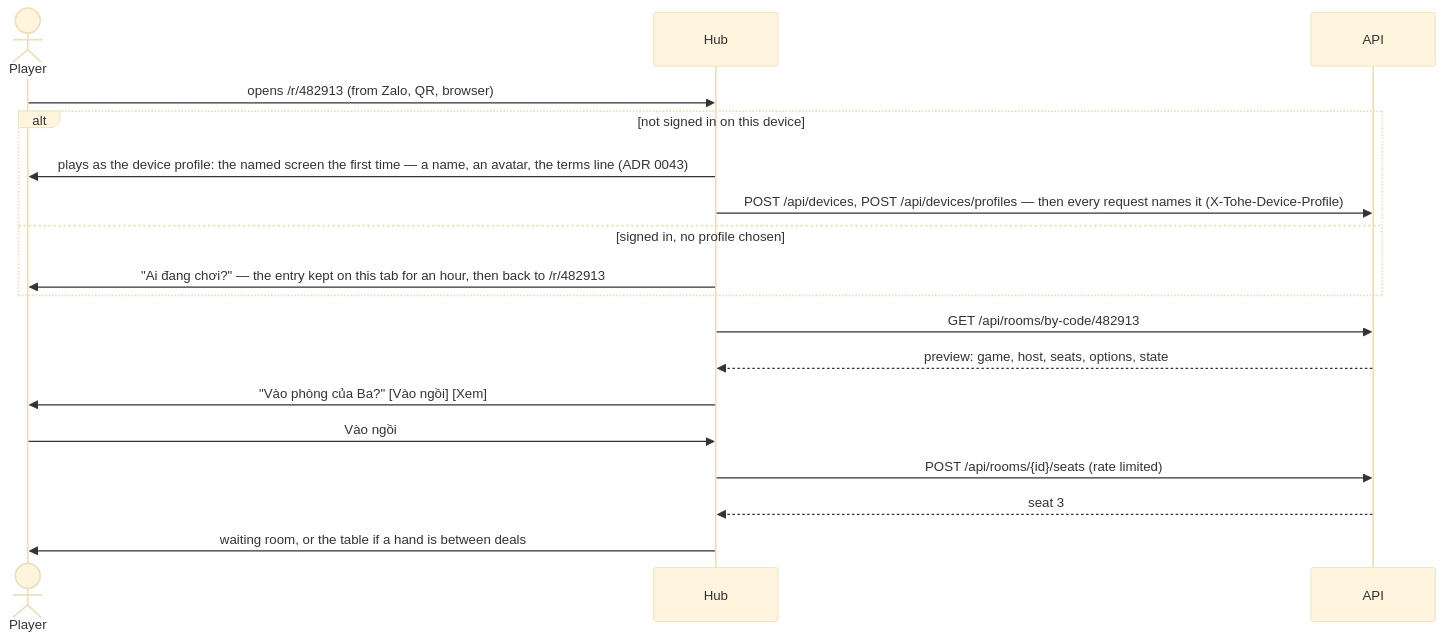
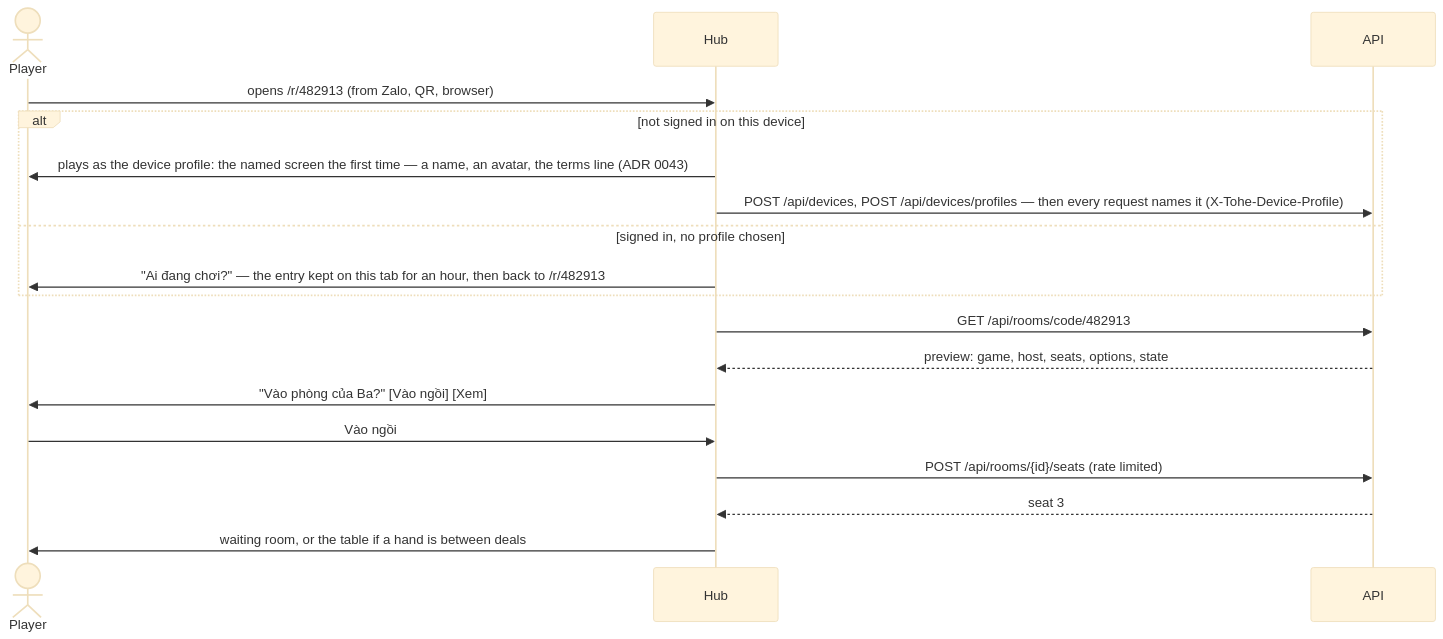
Before and after one commit to vinh466/tohe-play: the second of 3 diagrams in docs/architecture/rooms.md, drawn with Mermaid (base theme). The commit also changed 19 other files, not shown here.

````diff
--- a/docs/architecture/rooms.md
+++ b/docs/architecture/rooms.md
@@ -130,21 +130,21 @@
 ```mermaid
 sequenceDiagram
   actor P as Player
   participant H as Hub
   participant API
 
   P->>H: opens /r/482913 (from Zalo, QR, browser)
   alt not signed in on this device
     H->>P: plays as the device profile: the named screen the first time — a name, an avatar, the terms line (ADR 0043)
     H->>API: POST /api/devices, POST /api/devices/profiles — then every request names it (X-Tohe-Device-Profile)
   else signed in, no profile chosen
     H->>P: "Ai đang chơi?" — the entry kept on this tab for an hour, then back to /r/482913
   end
-  H->>API: GET /api/rooms/by-code/482913
+  H->>API: GET /api/rooms/code/482913
   API-->>H: preview: game, host, seats, options, state
   H->>P: "Vào phòng của Ba?" [Vào ngồi] [Xem]
   P->>H: Vào ngồi
   H->>API: POST /api/rooms/{id}/seats (rate limited)
   API-->>H: seat 3
   H->>P: waiting room, or the table if a hand is between deals
 ```
````
